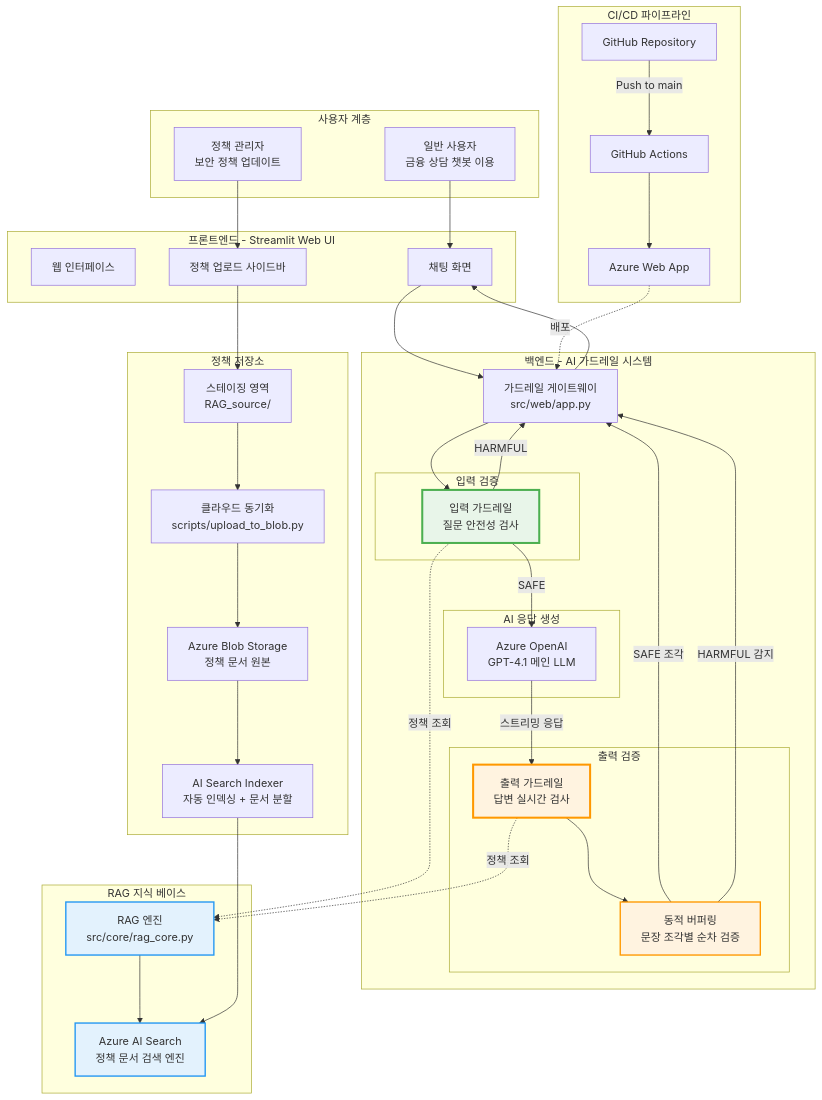
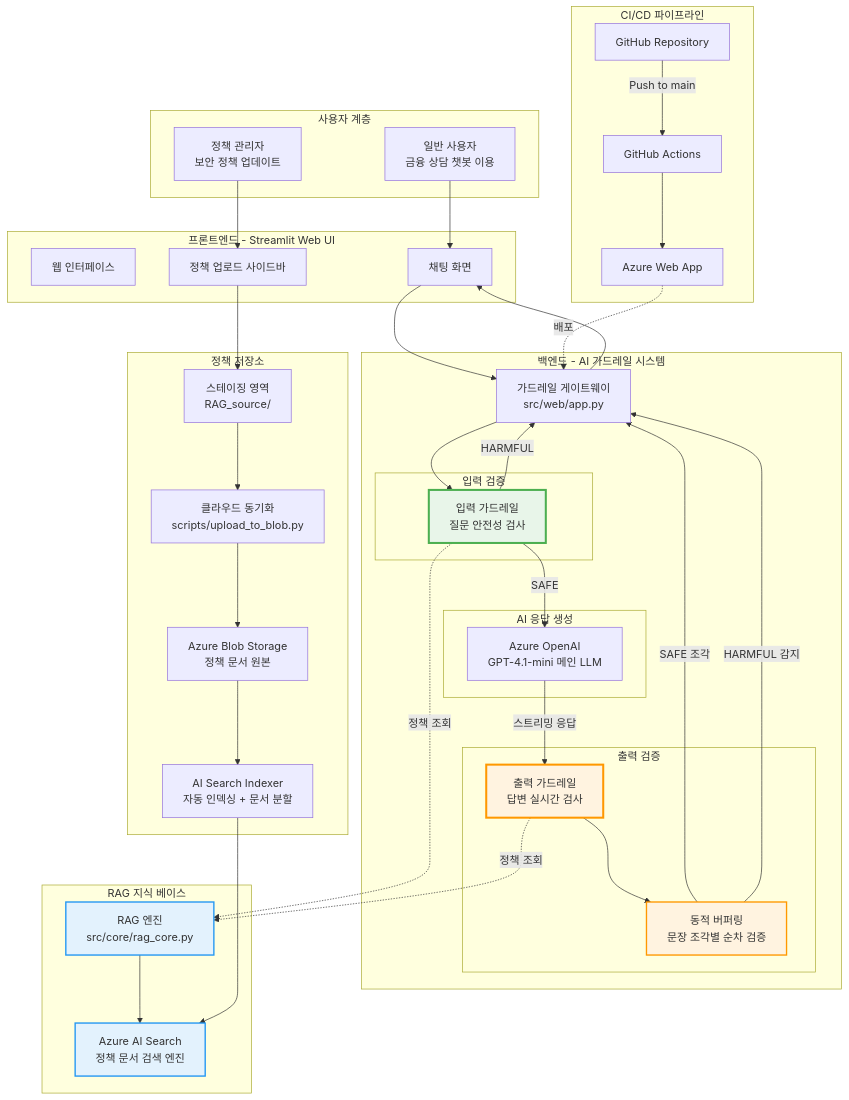
Before and after one commit to carnival77/ai-guardrail-azure-mvp: the first of 2 diagrams in README.md, drawn with Mermaid. The commit also changed other lines of this file, not shown here.

Commit message:
LLM 모델 업데이트

```diff
--- a/README.md
+++ b/README.md
@@ -77,7 +77,7 @@
         end
         
         subgraph "AI 응답 생성"
-            LLM[Azure OpenAI<br/>GPT-4.1 메인 LLM]
+            LLM[Azure OpenAI<br/>GPT-4.1-mini 메인 LLM]
         end
         
         subgraph "출력 검증"
```
